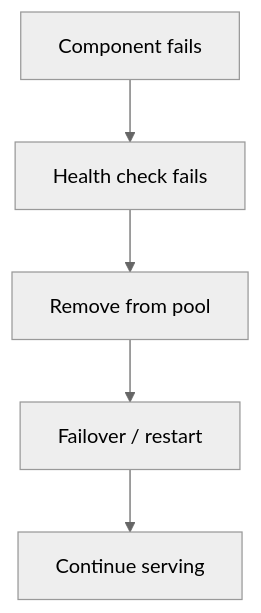
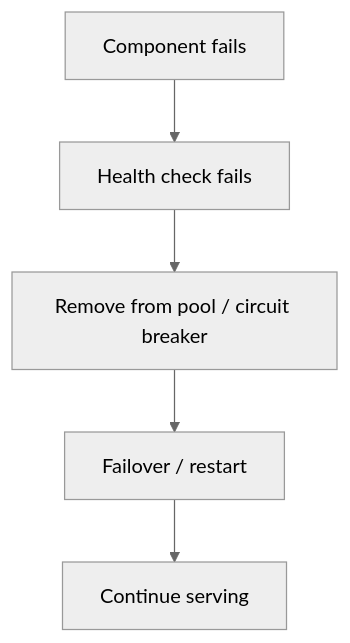
One commit to hareramcse/SystemDesign changed the tenth of 28 diagrams in 04-distributed-system/README.md. Above: the diagram before and after it, drawn with Mermaid (neutral theme). The commit also changed other lines of this file and 11 other files, not shown here.

````diff
--- a/04-distributed-system/README.md
+++ b/04-distributed-system/README.md
@@ -622,7 +609,7 @@
 ```mermaid
 flowchart TB
     Fail[Component fails] --> Detect[Health check fails]
-    Detect --> Isolate[Remove from pool]
+    Detect --> Isolate[Remove from pool / circuit breaker]
     Isolate --> Recover[Failover / restart]
     Recover --> Serve[Continue serving]
 ```
````
